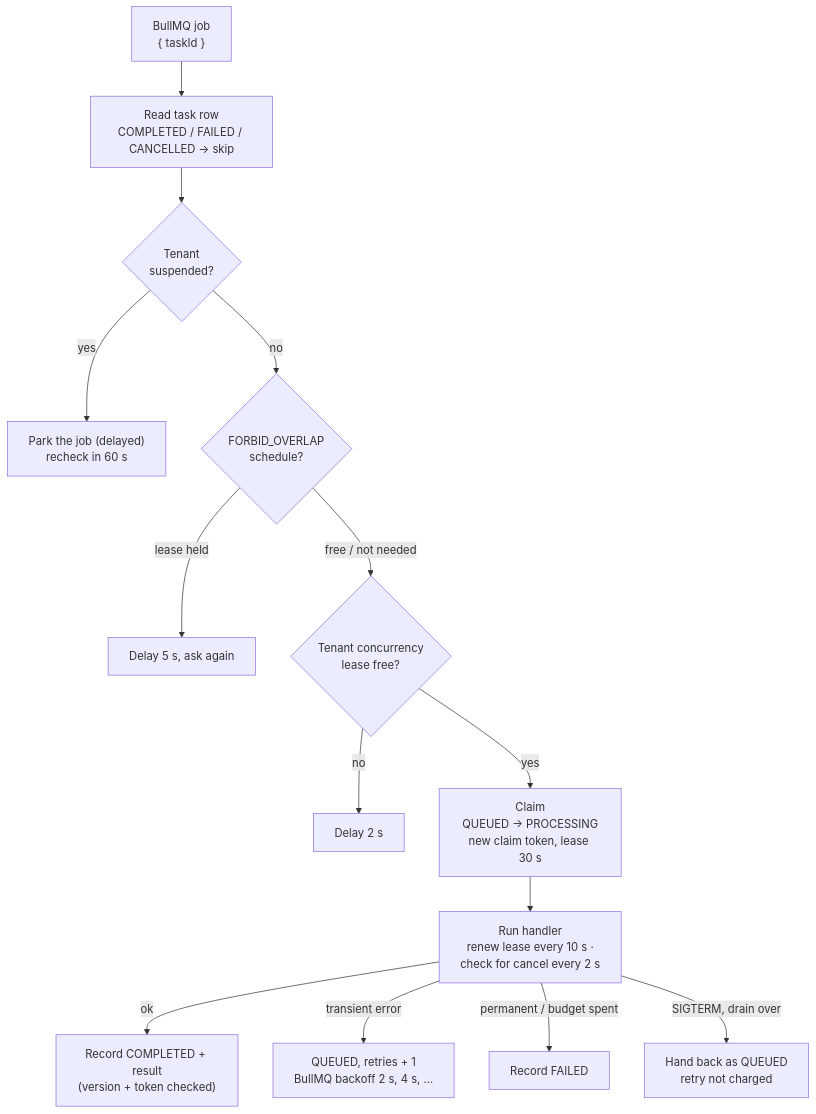
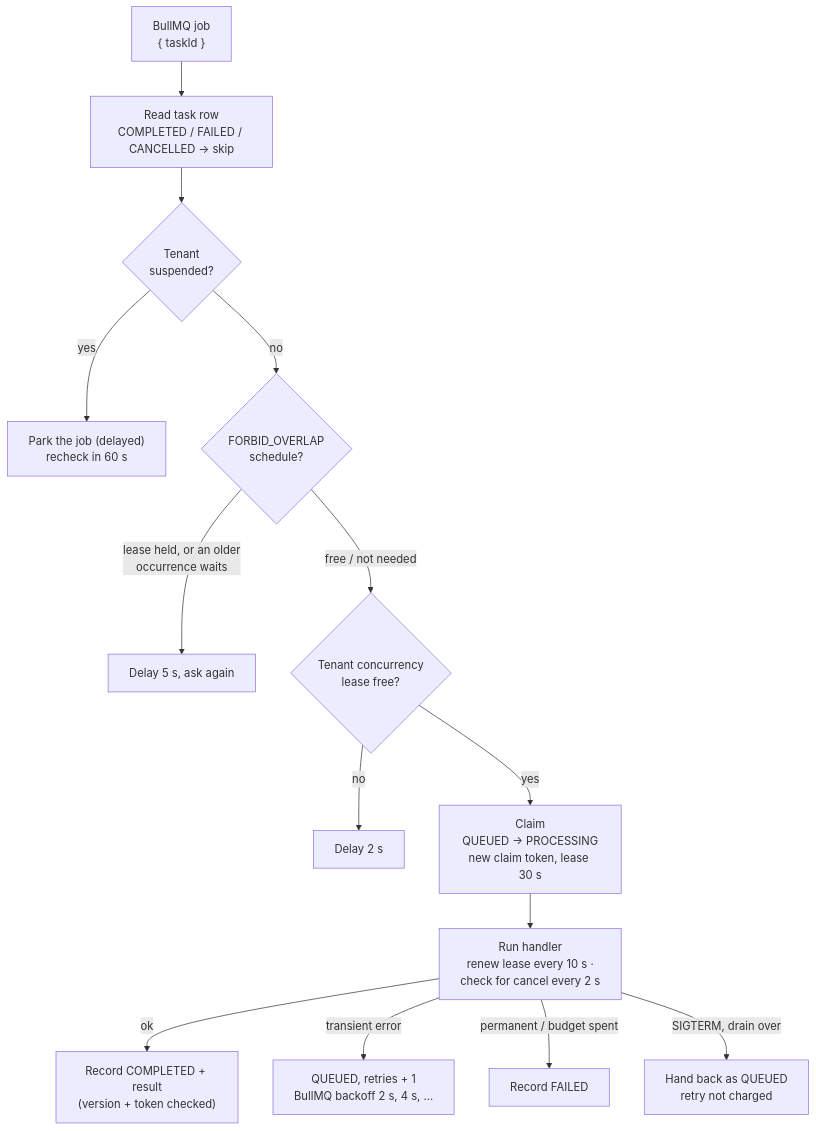
Before and after one commit to BoulosChaaya/distributed-engine: the third of 4 diagrams in docs/diagrams/01-c4.md, drawn with Mermaid. The commit also changed 8 other files, not shown here.

````diff
--- a/docs/diagrams/01-c4.md
+++ b/docs/diagrams/01-c4.md
@@ -61,16 +61,16 @@
 ```mermaid
 flowchart TB
   job["BullMQ job<br/>{ taskId }"] --> read["Read task row<br/>COMPLETED / FAILED / CANCELLED → skip"]
   read --> tenantchk{"Tenant<br/>suspended?"}
   tenantchk -- yes --> park["Park the job (delayed)<br/>recheck in 60 s"]
   tenantchk -- no --> overlap{"FORBID_OVERLAP<br/>schedule?"}
-  overlap -- "lease held" --> wait["Delay 5 s, ask again"]
+  overlap -- "lease held, or an older<br/>occurrence waits" --> wait["Delay 5 s, ask again"]
   overlap -- "free / not needed" --> conc{"Tenant concurrency<br/>lease free?"}
   conc -- no --> defer["Delay 2 s"]
   conc -- yes --> claim["Claim<br/>QUEUED → PROCESSING<br/>new claim token, lease 30 s"]
   claim --> run["Run handler<br/>renew lease every 10 s ·<br/>check for cancel every 2 s"]
   run -- ok --> done["Record COMPLETED + result<br/>(version + token checked)"]
   run -- "transient error" --> retry["QUEUED, retries + 1<br/>BullMQ backoff 2 s, 4 s, …"]
   run -- "permanent / budget spent" --> failed["Record FAILED"]
   run -- "SIGTERM, drain over" --> handback["Hand back as QUEUED<br/>retry not charged"]
 ```
````
